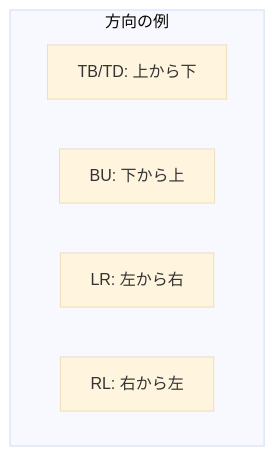
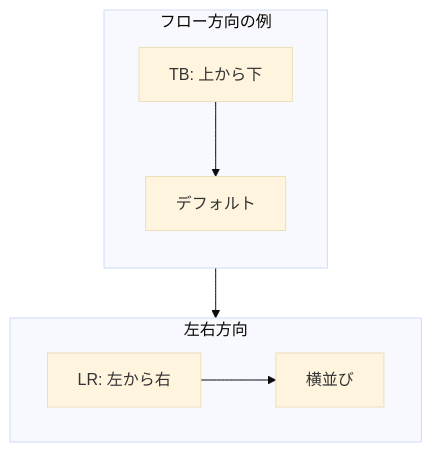
The fourth of 27 diagrams in README.md (TakayukiStar/workPR), drawn with Mermaid (base theme) before and after one commit. The commit also changed other lines of this file, not shown here.

````diff
--- a/README.md
+++ b/README.md
@@ -96,9 +63,14 @@
 ```mermaid
 flowchart TB
-    subgraph "方向の例"
-        TD[TB/TD: 上から下]
-        BU[BU: 下から上]
-        LR[LR: 左から右]
-        RL[RL: 右から左]
+    subgraph "フロー方向の例"
+        direction TB
+        A1[TB: 上から下] --> A2[デフォルト]
     end
+    
+    subgraph "左右方向"
+        direction LR
+        B1[LR: 左から右] --> B2[横並び]
+    end
+    
+    A2 --> B1
 ```
````
